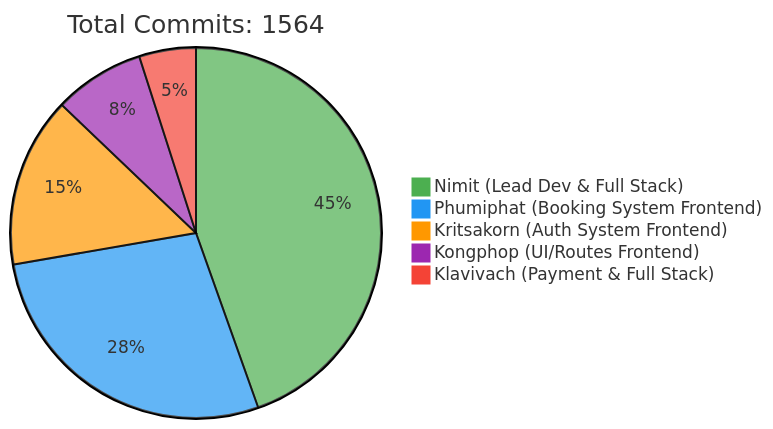
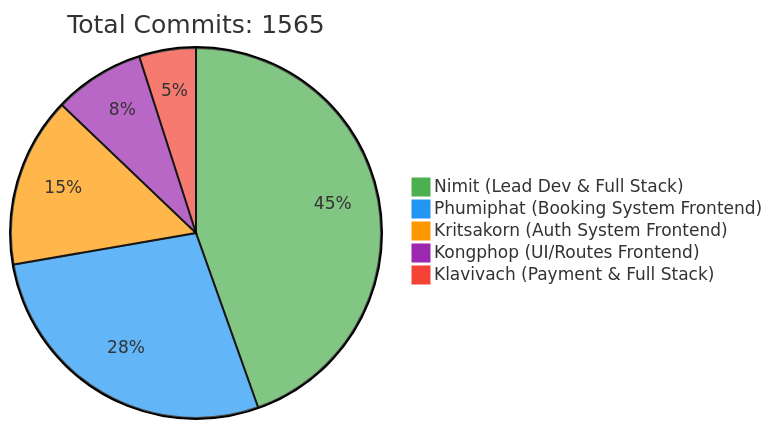
The first of 2 diagrams in README.md (6531503042/Sport-Complex), drawn with Mermaid before and after one commit. The commit also changed other lines of this file, not shown here.

Commit message:
docs: Update contributor statistics [skip ci]

````diff
--- a/README.md
+++ b/README.md
@@ -257,10 +257,10 @@
 ```mermaid
 %%{init: {'theme': 'base', 'themeVariables': { 'pie1': '#4CAF50', 'pie2': '#2196F3', 'pie3': '#FF9800', 'pie4': '#9C27B0', 'pie5': '#F44336'}}}%%
 pie
-    title Total Commits: 1564
+    title Total Commits: 1565
     "Nimit (Lead Dev & Full Stack)" : 450
     "Phumiphat (Booking System Frontend)" : 280
     "Kritsakorn (Auth System Frontend)" : 150
     "Kongphop (UI/Routes Frontend)" : 80
     "Klavivach (Payment & Full Stack)" : 50
 ```
````
